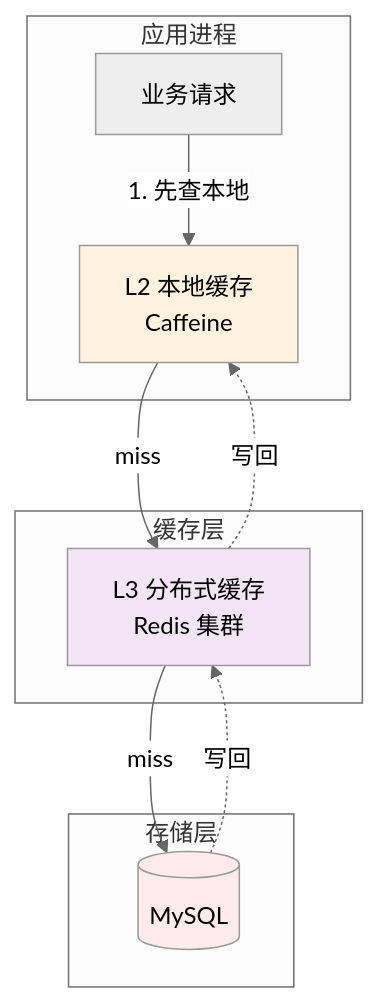
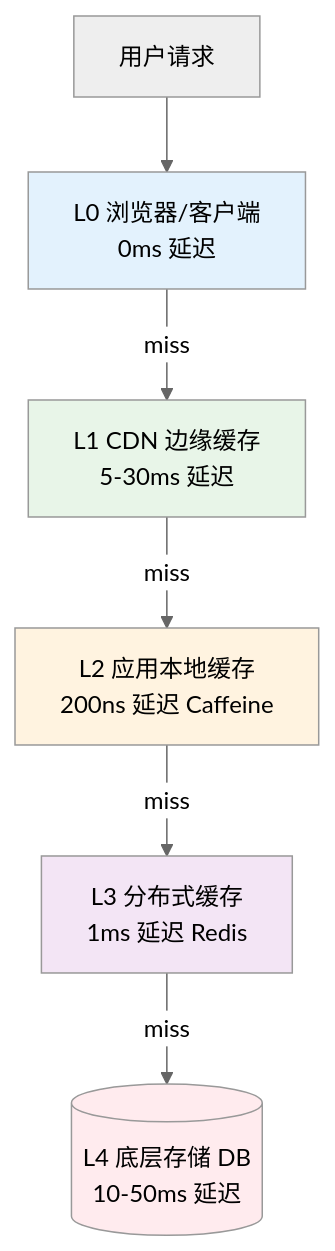
The fourth of 18 diagrams in docs/10.真经/05.方案设计思想/04.缓存架构设计思想.md (chongyang211/YCBookBlog), drawn with Mermaid (neutral theme) before and after one commit. The commit also changed other lines of this file and 36 other files, not shown here.

````diff
--- a/docs/10.真经/05.方案设计思想/04.缓存架构设计思想.md
+++ b/docs/10.真经/05.方案设计思想/04.缓存架构设计思想.md
@@ -288,26 +492,14 @@
 ```mermaid
 graph TB
-    subgraph "应用进程"
-        Req[业务请求]
-        L2[L2 本地缓存<br/>Caffeine]
-    end
+    User[用户请求] --> Browser[L0 浏览器/客户端<br/>0ms 延迟]
+    Browser -->|miss| CDN[L1 CDN 边缘缓存<br/>5-30ms 延迟]
+    CDN -->|miss| Local[L2 应用本地缓存<br/>200ns 延迟 Caffeine]
+    Local -->|miss| Distributed[L3 分布式缓存<br/>1ms 延迟 Redis]
+    Distributed -->|miss| DB[(L4 底层存储 DB<br/>10-50ms 延迟)]
     
-    subgraph "缓存层"
-        L3[L3 分布式缓存<br/>Redis 集群]
-    end
-    
-    subgraph "存储层"
-        DB[(MySQL)]
-    end
-    
-    Req -->|1. 先查本地| L2
-    L2 -->|miss| L3
-    L3 -->|miss| DB
-    
-    DB -.写回.-> L3
-    L3 -.写回.-> L2
-    
-    style L2 fill:#fff3e0
-    style L3 fill:#f3e5f5
+    style Browser fill:#e3f2fd
+    style CDN fill:#e8f5e8
+    style Local fill:#fff3e0
+    style Distributed fill:#f3e5f5
     style DB fill:#ffebee
 ```
````
